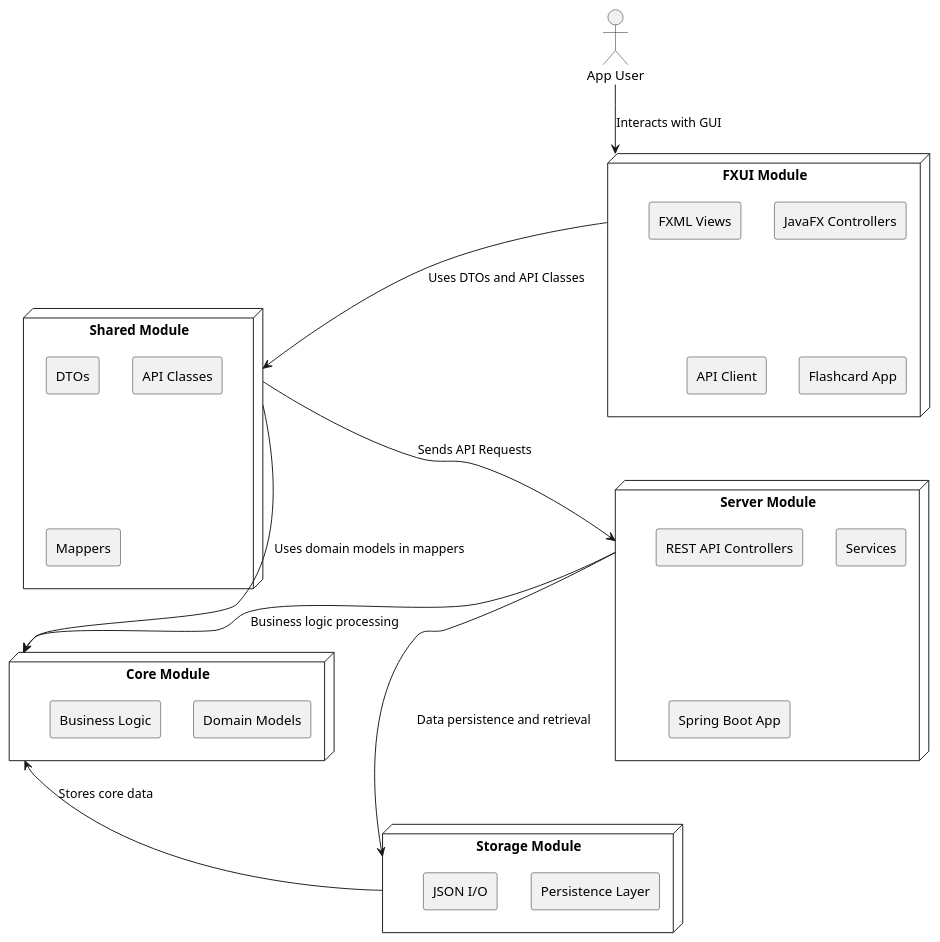
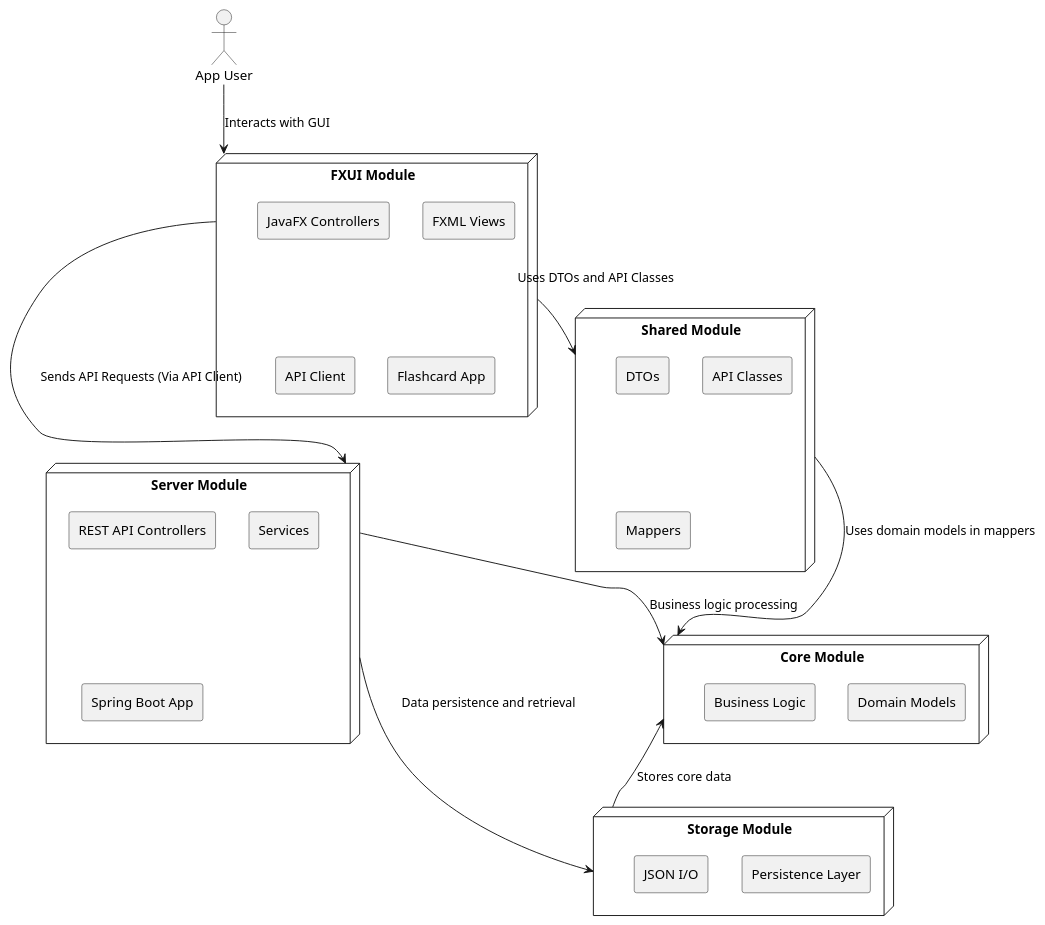
One commit to marennodenes/Flashcard-App changed the diagram in docs/release_3/uml_documentation/architecture.puml. Above: the diagram before and after it, drawn with PlantUML. The commit also changed 13 other files, not shown here.

First line of the commit message:
docs(uml): updated diagrams and images with better quality

```diff
--- a/docs/release_3/uml_documentation/architecture.puml
+++ b/docs/release_3/uml_documentation/architecture.puml
@@ -1,48 +1,48 @@
-@startuml
+@startuml architecture
 skinparam componentStyle rectangle
 
 actor "App User" as AppUser
 
 node "FXUI Module" as fxui {
     component "JavaFX Controllers"
     component "FXML Views" 
     component "API Client"
     component "Flashcard App"
 }
 
 node "Shared Module" as shared {
     component "DTOs"
     component "API Classes"
     component "Mappers"
 }
 
 node "Core Module" as core {
     component "Domain Models"
     component "Business Logic"
 }
 
 node "Server Module" as server {
     component "REST API Controllers"
     component "Services"
     component "Spring Boot App"
 }
 
 node "Storage Module" as storage {
     component "Persistence Layer"
     component "JSON I/O"
 }
 
 AppUser --> fxui : Interacts with GUI
 fxui --> shared : Uses DTOs and API Classes
-shared --> server : Sends API Requests
+fxui --> server : Sends API Requests (Via API Client)
 shared --> core : Uses domain models in mappers
 server --> core : Business logic processing
 server --> storage : Data persistence and retrieval
 core <-- storage : Stores core data
 
 fxui -[hidden]right- server
 server -[hidden]right- core
 shared -[hidden]down- server
 server -[hidden]down- storage
 
 @enduml
```
